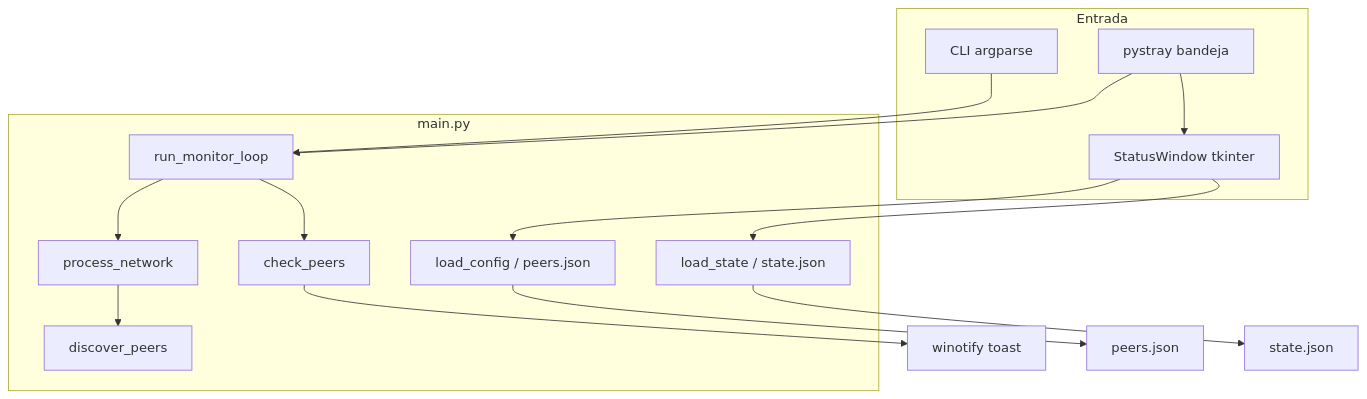
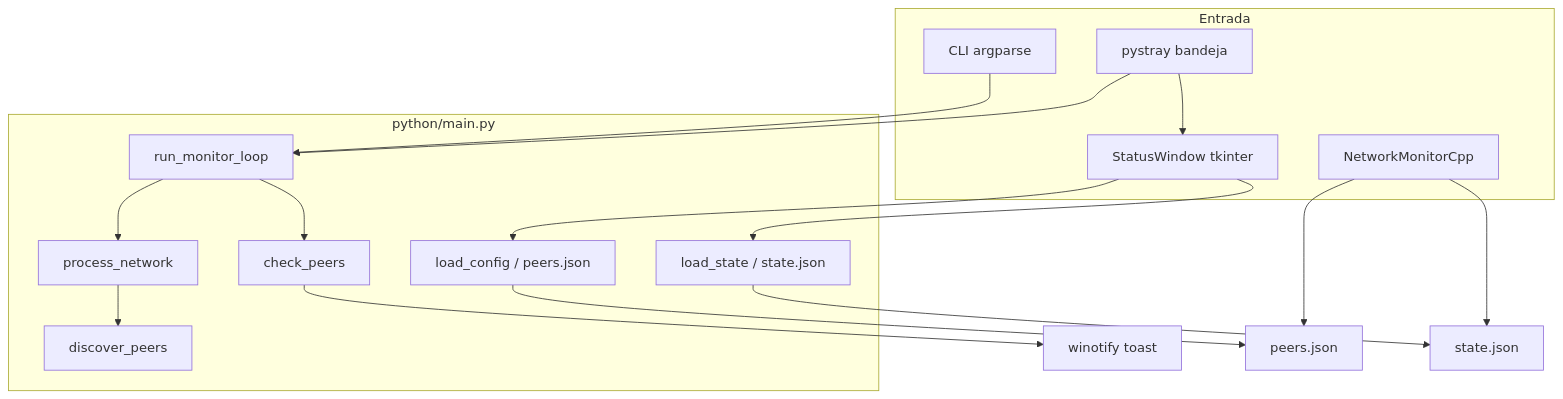
The diagram in .cursor/skills/network-monitor/SKILL.md (GuilhermeRoesler/NetworkMonitor), drawn with Mermaid before and after one commit. The commit also changed other lines of this file and 26 other files, not shown here.

First line of the commit message:
feat: migrate to dual python/cpp layout

````diff
--- a/.cursor/skills/network-monitor/SKILL.md
+++ b/.cursor/skills/network-monitor/SKILL.md
@@ -41,29 +55,32 @@
 ```mermaid
 flowchart TB
     subgraph entry [Entrada]
         CLI[CLI argparse]
         Tray[pystray bandeja]
         GUI[StatusWindow tkinter]
+        CppCLI[NetworkMonitorCpp]
     end
 
-    subgraph core [main.py]
+    subgraph core [python/main.py]
         Loop[run_monitor_loop]
         Process[process_network]
         Check[check_peers]
         Discover[discover_peers]
         Config[load_config / peers.json]
         State[load_state / state.json]
     end
 
     CLI --> Loop
     Tray --> Loop
     Tray --> GUI
     GUI --> Config
     GUI --> State
     Loop --> Process
     Process --> Discover
     Loop --> Check
     Check --> Notify[winotify toast]
     Config --> peers.json
     State --> state.json
+    CppCLI --> peers.json
+    CppCLI --> state.json
 ```
````
